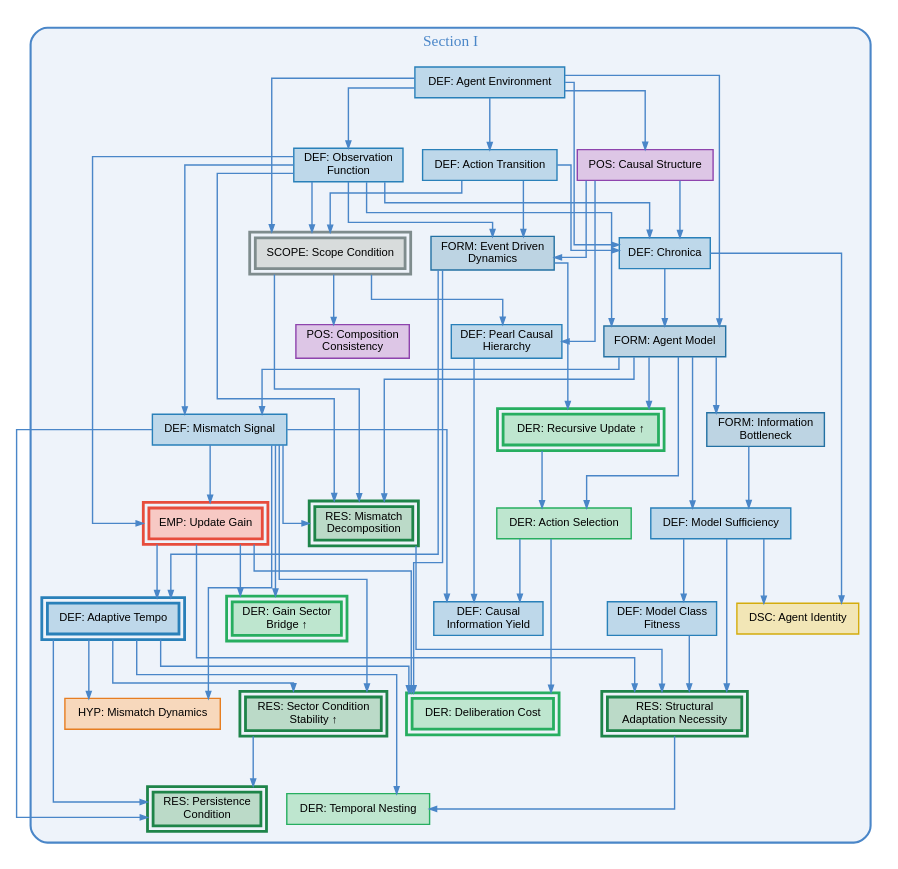
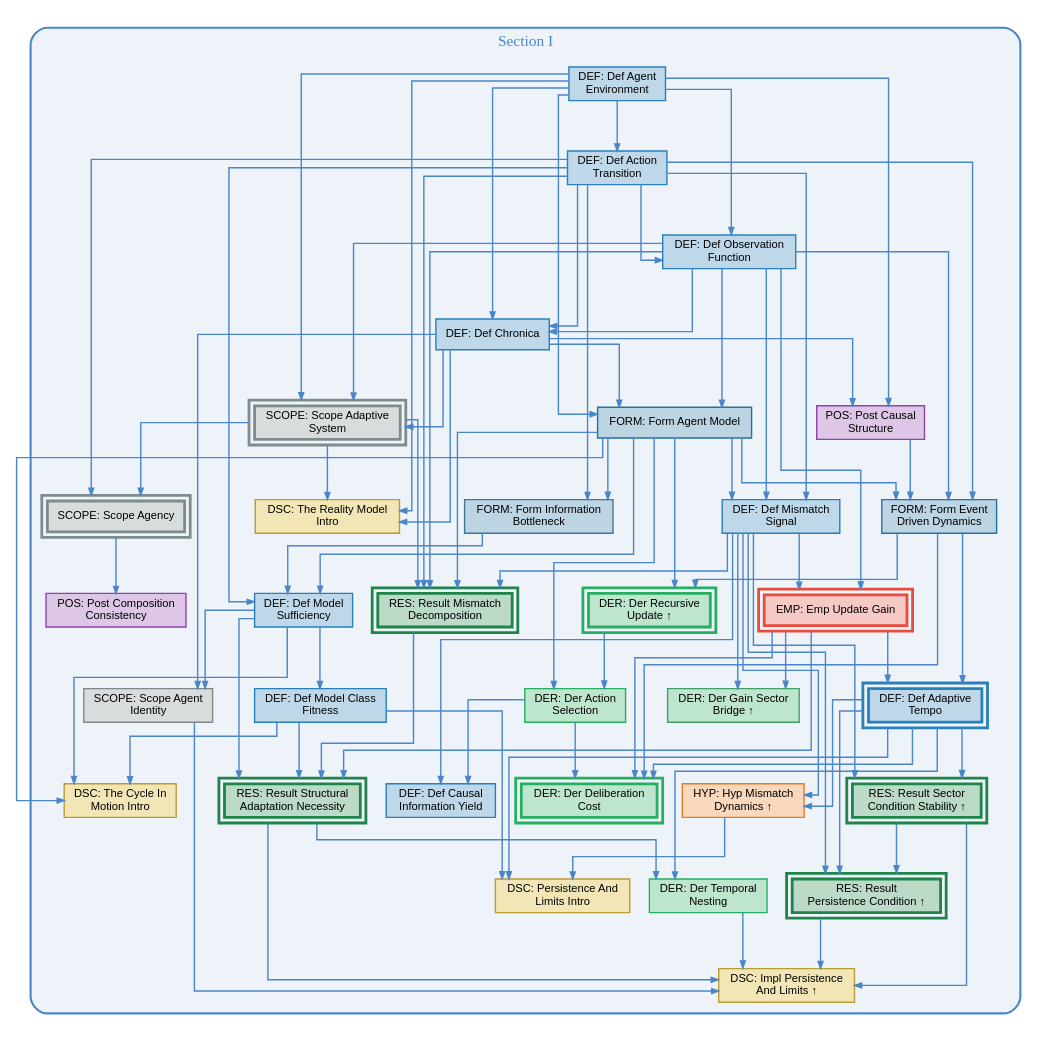
One commit to v2-io/agentic-systems changed the diagram in 01-aat-core/src/img/dep-graph-section-I.dot. Above: the diagram before and after it, drawn with Graphviz. The commit also changed 13 other files, not shown here.

First line of the commit message:
Rename AAD→AAT: sweep mono/ pipeline source + regenerate dep-graphs (Stage 10a — stage-coverage gaps)

```diff
--- a/01-aat-core/src/img/dep-graph-section-I.dot
+++ b/01-aat-core/src/img/dep-graph-section-I.dot
@@ -1,4 +1,4 @@
-digraph AAD_Dependencies {
+digraph AAT_Dependencies {
   rankdir=TB;
   compound=true;
   concentrate=true;
@@ -17,95 +17,118 @@
     style=rounded;
     penwidth=1.5;
 
-    "agent-environment" [style=filled fillcolor="#bed8ea" color="#2980b9" penwidth=1.0 label="DEF: Agent Environment"];
-    "observation-function" [style=filled fillcolor="#bed8ea" color="#2980b9" penwidth=1.0 label="DEF: Observation\nFunction"];
-    "action-transition" [style=filled fillcolor="#bed8ea" color="#2980b9" penwidth=1.0 label="DEF: Action Transition"];
-    "scope-condition" [style=filled fillcolor="#d8dcdc" color="#7f8c8d" penwidth=2.0 peripheries=2 label="SCOPE: Scope Condition"];
-    "composition-consistency" [style=filled fillcolor="#ddc6e6" color="#8e44ad" penwidth=1.0 label="POS: Composition\nConsistency"];
-    "causal-structure" [style=filled fillcolor="#ddc6e6" color="#8e44ad" penwidth=1.0 label="POS: Causal Structure"];
-    "pearl-causal-hierarchy" [style=filled fillcolor="#bed8ea" color="#2980b9" penwidth=1.0 label="DEF: Pearl Causal\nHierarchy"];
-    "chronica" [style=filled fillcolor="#bed8ea" color="#2980b9" penwidth=1.0 label="DEF: Chronica"];
-    "agent-model" [style=filled fillcolor="#bdd4e3" color="#2471a3" penwidth=1.0 label="FORM: Agent Model"];
-    "information-bottleneck" [style=filled fillcolor="#bdd4e3" color="#2471a3" penwidth=1.0 label="FORM: Information\nBottleneck"];
-    "model-sufficiency" [style=filled fillcolor="#bed8ea" color="#2980b9" penwidth=1.0 label="DEF: Model Sufficiency"];
-    "model-class-fitness" [style=filled fillcolor="#bed8ea" color="#2980b9" penwidth=1.0 label="DEF: Model Class\nFitness"];
-    "event-driven-dynamics" [style=filled fillcolor="#bdd4e3" color="#2471a3" penwidth=1.0 label="FORM: Event Driven\nDynamics"];
-    "recursive-update" [style=filled fillcolor="#bee6cf" color="#27ae60" penwidth=2.0 peripheries=2 label="DER: Recursive Update ↑"];
-    "action-selection" [style=filled fillcolor="#bee6cf" color="#27ae60" penwidth=1.0 label="DER: Action Selection"];
-    "mismatch-signal" [style=filled fillcolor="#bed8ea" color="#2980b9" penwidth=1.0 label="DEF: Mismatch Signal"];
-    "mismatch-decomposition" [style=filled fillcolor="#bbdac8" color="#1e8449" penwidth=2.0 peripheries=2 label="RES: Mismatch\nDecomposition"];
-    "update-gain" [style=filled fillcolor="#f7c9c4" color="#e74c3c" penwidth=2.0 peripheries=2 label="EMP: Update Gain"];
-    "causal-information-yield" [style=filled fillcolor="#bed8ea" color="#2980b9" penwidth=1.0 label="DEF: Causal\nInformation Yield"];
-    "adaptive-tempo" [style=filled fillcolor="#bed8ea" color="#2980b9" penwidth=2.0 peripheries=2 label="DEF: Adaptive Tempo"];
-    "mismatch-dynamics" [style=filled fillcolor="#f7d8bc" color="#e67e22" penwidth=1.0 label="HYP: Mismatch Dynamics"];
-    "deliberation-cost" [style=filled fillcolor="#bee6cf" color="#27ae60" penwidth=2.0 peripheries=2 label="DER: Deliberation Cost"];
-    "gain-sector-bridge" [style=filled fillcolor="#bee6cf" color="#27ae60" penwidth=2.0 peripheries=2 label="DER: Gain Sector\nBridge ↑"];
-    "sector-condition-stability" [style=filled fillcolor="#bbdac8" color="#1e8449" penwidth=2.0 peripheries=2 label="RES: Sector Condition\nStability ↑"];
-    "persistence-condition" [style=filled fillcolor="#bbdac8" color="#1e8449" penwidth=2.0 peripheries=2 label="RES: Persistence\nCondition"];
-    "structural-adaptation-necessity" [style=filled fillcolor="#bbdac8" color="#1e8449" penwidth=2.0 peripheries=2 label="RES: Structural\nAdaptation Necessity"];
-    "temporal-nesting" [style=filled fillcolor="#bee6cf" color="#27ae60" penwidth=1.0 label="DER: Temporal Nesting"];
-    "agent-identity" [style=filled fillcolor="#f2e6b6" color="#d4ac0d" penwidth=1.0 label="DSC: Agent Identity"];
+    "def-agent-environment" [style=filled fillcolor="#bed8ea" color="#2980b9" penwidth=1.0 label="DEF: Def Agent\nEnvironment"];
+    "def-action-transition" [style=filled fillcolor="#bed8ea" color="#2980b9" penwidth=1.0 label="DEF: Def Action\nTransition"];
+    "def-observation-function" [style=filled fillcolor="#bed8ea" color="#2980b9" penwidth=1.0 label="DEF: Def Observation\nFunction"];
+    "def-chronica" [style=filled fillcolor="#bed8ea" color="#2980b9" penwidth=1.0 label="DEF: Def Chronica"];
+    "scope-adaptive-system" [style=filled fillcolor="#d8dcdc" color="#7f8c8d" penwidth=2.0 peripheries=2 label="SCOPE: Scope Adaptive\nSystem"];
+    "scope-agency" [style=filled fillcolor="#d8dcdc" color="#7f8c8d" penwidth=2.0 peripheries=2 label="SCOPE: Scope Agency"];
+    "post-composition-consistency" [style=filled fillcolor="#ddc6e6" color="#8e44ad" penwidth=1.0 label="POS: Post Composition\nConsistency"];
+    "post-causal-structure" [style=filled fillcolor="#ddc6e6" color="#8e44ad" penwidth=1.0 label="POS: Post Causal\nStructure"];
+    "the-reality-model-intro" [style=filled fillcolor="#f2e6b6" color="#b89d33" penwidth=1.0 label="DSC: The Reality Model\nIntro"];
+    "form-agent-model" [style=filled fillcolor="#bdd4e3" color="#2471a3" penwidth=1.0 label="FORM: Form Agent Model"];
+    "form-information-bottleneck" [style=filled fillcolor="#bdd4e3" color="#427697" penwidth=1.0 label="FORM: Form Information\nBottleneck"];
+    "def-model-sufficiency" [style=filled fillcolor="#bed8ea" color="#2980b9" penwidth=1.0 label="DEF: Def Model\nSufficiency"];
+    "def-model-class-fitness" [style=filled fillcolor="#bed8ea" color="#2980b9" penwidth=1.0 label="DEF: Def Model Class\nFitness"];
+    "the-cycle-in-motion-intro" [style=filled fillcolor="#f2e6b6" color="#b89d33" penwidth=1.0 label="DSC: The Cycle In\nMotion Intro"];
+    "form-event-driven-dynamics" [style=filled fillcolor="#bdd4e3" color="#2471a3" penwidth=1.0 label="FORM: Form Event\nDriven Dynamics"];
+    "der-recursive-update" [style=filled fillcolor="#bee6cf" color="#27ae60" penwidth=2.0 peripheries=2 label="DER: Der Recursive\nUpdate ↑"];
+    "der-action-selection" [style=filled fillcolor="#bee6cf" color="#27ae60" penwidth=1.0 label="DER: Der Action\nSelection"];
+    "def-mismatch-signal" [style=filled fillcolor="#bed8ea" color="#2980b9" penwidth=1.0 label="DEF: Def Mismatch\nSignal"];
+    "result-mismatch-decomposition" [style=filled fillcolor="#bbdac8" color="#1e8449" penwidth=2.0 peripheries=2 label="RES: Result Mismatch\nDecomposition"];
+    "emp-update-gain" [style=filled fillcolor="#f7c9c4" color="#e74c3c" penwidth=2.0 peripheries=2 label="EMP: Emp Update Gain"];
+    "def-causal-information-yield" [style=filled fillcolor="#bed8ea" color="#2980b9" penwidth=1.0 label="DEF: Def Causal\nInformation Yield"];
+    "def-adaptive-tempo" [style=filled fillcolor="#bed8ea" color="#2980b9" penwidth=2.0 peripheries=2 label="DEF: Def Adaptive\nTempo"];
+    "hyp-mismatch-dynamics" [style=filled fillcolor="#f7d8bc" color="#e67e22" penwidth=1.0 label="HYP: Hyp Mismatch\nDynamics ↑"];
+    "persistence-and-limits-intro" [style=filled fillcolor="#f2e6b6" color="#b89d33" penwidth=1.0 label="DSC: Persistence And\nLimits Intro"];
+    "der-deliberation-cost" [style=filled fillcolor="#bee6cf" color="#27ae60" penwidth=2.0 peripheries=2 label="DER: Der Deliberation\nCost"];
+    "der-gain-sector-bridge" [style=filled fillcolor="#bee6cf" color="#449e6a" penwidth=1.0 label="DER: Der Gain Sector\nBridge ↑"];
+    "result-sector-condition-stability" [style=filled fillcolor="#bbdac8" color="#1e8449" penwidth=2.0 peripheries=2 label="RES: Result Sector\nCondition Stability ↑"];
+    "result-persistence-condition" [style=filled fillcolor="#bbdac8" color="#1e8449" penwidth=2.0 peripheries=2 label="RES: Result\nPersistence Condition ↑"];
+    "result-structural-adaptation-necessity" [style=filled fillcolor="#bbdac8" color="#1e8449" penwidth=2.0 peripheries=2 label="RES: Result Structural\nAdaptation Necessity"];
+    "der-temporal-nesting" [style=filled fillcolor="#bee6cf" color="#27ae60" penwidth=1.0 label="DER: Der Temporal\nNesting"];
+    "scope-agent-identity" [style=filled fillcolor="#d8dcdc" color="#7f8888" penwidth=1.0 label="SCOPE: Scope Agent\nIdentity"];
+    "impl-persistence-and-limits" [style=filled fillcolor="#f2e6b6" color="#b89d33" penwidth=1.0 label="DSC: Impl Persistence\nAnd Limits ↑"];
   }
 
-  "agent-model" -> "recursive-update" [color="#4a86c8"];
-  "event-driven-dynamics" -> "recursive-update" [color="#4a86c8"];
-  "pearl-causal-hierarchy" -> "causal-information-yield" [color="#4a86c8"];
-  "action-selection" -> "causal-information-yield" [color="#4a86c8"];
-  "mismatch-signal" -> "causal-information-yield" [color="#4a86c8"];
-  "adaptive-tempo" -> "sector-condition-stability" [color="#4a86c8"];
-  "mismatch-signal" -> "sector-condition-stability" [color="#4a86c8"];
-  "model-sufficiency" -> "structural-adaptation-necessity" [color="#4a86c8"];
-  "model-class-fitness" -> "structural-adaptation-necessity" [color="#4a86c8"];
-  "mismatch-decomposition" -> "structural-adaptation-necessity" [color="#4a86c8"];
-  "update-gain" -> "structural-adaptation-necessity" [color="#4a86c8"];
-  "agent-model" -> "model-sufficiency" [color="#4a86c8"];
-  "information-bottleneck" -> "model-sufficiency" [color="#4a86c8"];
-  "agent-environment" -> "scope-condition" [color="#4a86c8"];
-  "observation-function" -> "scope-condition" [color="#4a86c8"];
-  "action-transition" -> "scope-condition" [color="#4a86c8"];
-  "agent-environment" -> "agent-model" [color="#4a86c8"];
-  "observation-function" -> "agent-model" [color="#4a86c8"];
-  "chronica" -> "agent-model" [color="#4a86c8"];
-  "chronica" -> "agent-identity" [color="#4a86c8"];
-  "model-sufficiency" -> "agent-identity" [color="#4a86c8"];
-  "agent-environment" -> "causal-structure" [color="#4a86c8"];
-  "adaptive-tempo" -> "mismatch-dynamics" [color="#4a86c8"];
-  "mismatch-signal" -> "mismatch-dynamics" [color="#4a86c8"];
-  "update-gain" -> "gain-sector-bridge" [color="#4a86c8"];
-  "mismatch-signal" -> "gain-sector-bridge" [color="#4a86c8"];
-  "adaptive-tempo" -> "persistence-condition" [color="#4a86c8"];
-  "mismatch-signal" -> "persistence-condition" [color="#4a86c8"];
-  "sector-condition-stability" -> "persistence-condition" [color="#4a86c8"];
-  "update-gain" -> "adaptive-tempo" [color="#4a86c8"];
-  "event-driven-dynamics" -> "adaptive-tempo" [color="#4a86c8"];
-  "causal-structure" -> "event-driven-dynamics" [color="#4a86c8"];
-  "observation-function" -> "event-driven-dynamics" [color="#4a86c8"];
-  "action-transition" -> "event-driven-dynamics" [color="#4a86c8"];
-  "agent-environment" -> "action-transition" [color="#4a86c8"];
-  "causal-structure" -> "pearl-causal-hierarchy" [color="#4a86c8"];
-  "scope-condition" -> "pearl-causal-hierarchy" [color="#4a86c8"];
-  "model-sufficiency" -> "model-class-fitness" [color="#4a86c8"];
-  "agent-model" -> "action-selection" [color="#4a86c8"];
-  "recursive-update" -> "action-selection" [color="#4a86c8"];
-  "action-selection" -> "deliberation-cost" [color="#4a86c8"];
-  "update-gain" -> "deliberation-cost" [color="#4a86c8"];
-  "adaptive-tempo" -> "deliberation-cost" [color="#4a86c8"];
-  "event-driven-dynamics" -> "deliberation-cost" [color="#4a86c8"];
-  "adaptive-tempo" -> "temporal-nesting" [color="#4a86c8"];
-  "structural-adaptation-necessity" -> "temporal-nesting" [color="#4a86c8"];
-  "scope-condition" -> "composition-consistency" [color="#4a86c8"];
-  "agent-model" -> "information-bottleneck" [color="#4a86c8"];
-  "mismatch-signal" -> "mismatch-decomposition" [color="#4a86c8"];
-  "observation-function" -> "mismatch-decomposition" [color="#4a86c8"];
-  "agent-model" -> "mismatch-decomposition" [color="#4a86c8"];
-  "scope-condition" -> "mismatch-decomposition" [color="#4a86c8"];
-  "agent-environment" -> "chronica" [color="#4a86c8"];
-  "observation-function" -> "chronica" [color="#4a86c8"];
-  "action-transition" -> "chronica" [color="#4a86c8"];
-  "causal-structure" -> "chronica" [color="#4a86c8"];
-  "agent-environment" -> "observation-function" [color="#4a86c8"];
-  "mismatch-signal" -> "update-gain" [color="#4a86c8"];
-  "observation-function" -> "update-gain" [color="#4a86c8"];
-  "agent-model" -> "mismatch-signal" [color="#4a86c8"];
-  "observation-function" -> "mismatch-signal" [color="#4a86c8"];
+  "def-adaptive-tempo" -> "result-sector-condition-stability" [color="#4a86c8"];
+  "def-mismatch-signal" -> "result-sector-condition-stability" [color="#4a86c8"];
+  "emp-update-gain" -> "def-adaptive-tempo" [color="#4a86c8"];
+  "form-event-driven-dynamics" -> "def-adaptive-tempo" [color="#4a86c8"];
+  "def-chronica" -> "the-reality-model-intro" [color="#4a86c8"];
+  "scope-adaptive-system" -> "the-reality-model-intro" [color="#4a86c8"];
+  "def-agent-environment" -> "the-reality-model-intro" [color="#4a86c8"];
+  "def-chronica" -> "scope-agent-identity" [color="#4a86c8"];
+  "def-model-sufficiency" -> "scope-agent-identity" [color="#4a86c8"];
+  "scope-adaptive-system" -> "scope-agency" [color="#4a86c8"];
+  "def-action-transition" -> "scope-agency" [color="#4a86c8"];
+  "def-agent-environment" -> "def-observation-function" [color="#4a86c8"];
+  "def-action-transition" -> "def-observation-function" [color="#4a86c8"];
+  "form-agent-model" -> "der-recursive-update" [color="#4a86c8"];
+  "form-event-driven-dynamics" -> "der-recursive-update" [color="#4a86c8"];
+  "def-mismatch-signal" -> "result-mismatch-decomposition" [color="#4a86c8"];
+  "def-observation-function" -> "result-mismatch-decomposition" [color="#4a86c8"];
+  "def-action-transition" -> "result-mismatch-decomposition" [color="#4a86c8"];
+  "form-agent-model" -> "result-mismatch-decomposition" [color="#4a86c8"];
+  "scope-adaptive-system" -> "result-mismatch-decomposition" [color="#4a86c8"];
+  "form-agent-model" -> "the-cycle-in-motion-intro" [color="#4a86c8"];
+  "def-model-sufficiency" -> "the-cycle-in-motion-intro" [color="#4a86c8"];
+  "def-model-class-fitness" -> "the-cycle-in-motion-intro" [color="#4a86c8"];
+  "scope-agency" -> "post-composition-consistency" [color="#4a86c8"];
+  "result-persistence-condition" -> "impl-persistence-and-limits" [color="#4a86c8"];
+  "result-sector-condition-stability" -> "impl-persistence-and-limits" [color="#4a86c8"];
+  "result-structural-adaptation-necessity" -> "impl-persistence-and-limits" [color="#4a86c8"];
+  "scope-agent-identity" -> "impl-persistence-and-limits" [color="#4a86c8"];
+  "der-temporal-nesting" -> "impl-persistence-and-limits" [color="#4a86c8"];
+  "def-agent-environment" -> "scope-adaptive-system" [color="#4a86c8"];
+  "def-observation-function" -> "scope-adaptive-system" [color="#4a86c8"];
+  "def-chronica" -> "scope-adaptive-system" [color="#4a86c8"];
+  "def-adaptive-tempo" -> "result-persistence-condition" [color="#4a86c8"];
+  "def-mismatch-signal" -> "result-persistence-condition" [color="#4a86c8"];
+  "result-sector-condition-stability" -> "result-persistence-condition" [color="#4a86c8"];
+  "def-adaptive-tempo" -> "hyp-mismatch-dynamics" [color="#4a86c8"];
+  "def-mismatch-signal" -> "hyp-mismatch-dynamics" [color="#4a86c8"];
+  "emp-update-gain" -> "der-gain-sector-bridge" [color="#4a86c8"];
+  "def-mismatch-signal" -> "der-gain-sector-bridge" [color="#4a86c8"];
+  "der-action-selection" -> "def-causal-information-yield" [color="#4a86c8"];
+  "def-mismatch-signal" -> "def-causal-information-yield" [color="#4a86c8"];
+  "def-agent-environment" -> "form-agent-model" [color="#4a86c8"];
+  "def-observation-function" -> "form-agent-model" [color="#4a86c8"];
+  "def-chronica" -> "form-agent-model" [color="#4a86c8"];
+  "def-mismatch-signal" -> "emp-update-gain" [color="#4a86c8"];
+  "def-observation-function" -> "emp-update-gain" [color="#4a86c8"];
+  "def-adaptive-tempo" -> "der-temporal-nesting" [color="#4a86c8"];
+  "result-structural-adaptation-necessity" -> "der-temporal-nesting" [color="#4a86c8"];
+  "def-adaptive-tempo" -> "persistence-and-limits-intro" [color="#4a86c8"];
+  "hyp-mismatch-dynamics" -> "persistence-and-limits-intro" [color="#4a86c8"];
+  "def-model-class-fitness" -> "persistence-and-limits-intro" [color="#4a86c8"];
+  "def-agent-environment" -> "def-chronica" [color="#4a86c8"];
+  "def-observation-function" -> "def-chronica" [color="#4a86c8"];
+  "def-action-transition" -> "def-chronica" [color="#4a86c8"];
+  "form-agent-model" -> "def-model-sufficiency" [color="#4a86c8"];
+  "form-information-bottleneck" -> "def-model-sufficiency" [color="#4a86c8"];
+  "def-action-transition" -> "def-model-sufficiency" [color="#4a86c8"];
+  "def-agent-environment" -> "def-action-transition" [color="#4a86c8"];
+  "form-agent-model" -> "def-mismatch-signal" [color="#4a86c8"];
+  "def-observation-function" -> "def-mismatch-signal" [color="#4a86c8"];
+  "def-action-transition" -> "def-mismatch-signal" [color="#4a86c8"];
+  "def-model-sufficiency" -> "def-model-class-fitness" [color="#4a86c8"];
+  "form-agent-model" -> "form-information-bottleneck" [color="#4a86c8"];
+  "def-action-transition" -> "form-information-bottleneck" [color="#4a86c8"];
+  "post-causal-structure" -> "form-event-driven-dynamics" [color="#4a86c8"];
+  "def-observation-function" -> "form-event-driven-dynamics" [color="#4a86c8"];
+  "def-action-transition" -> "form-event-driven-dynamics" [color="#4a86c8"];
+  "form-agent-model" -> "form-event-driven-dynamics" [color="#4a86c8"];
+  "der-action-selection" -> "der-deliberation-cost" [color="#4a86c8"];
+  "emp-update-gain" -> "der-deliberation-cost" [color="#4a86c8"];
+  "def-adaptive-tempo" -> "der-deliberation-cost" [color="#4a86c8"];
+  "form-event-driven-dynamics" -> "der-deliberation-cost" [color="#4a86c8"];
+  "form-agent-model" -> "der-action-selection" [color="#4a86c8"];
+  "der-recursive-update" -> "der-action-selection" [color="#4a86c8"];
+  "def-model-sufficiency" -> "result-structural-adaptation-necessity" [color="#4a86c8"];
+  "def-model-class-fitness" -> "result-structural-adaptation-necessity" [color="#4a86c8"];
+  "result-mismatch-decomposition" -> "result-structural-adaptation-necessity" [color="#4a86c8"];
+  "emp-update-gain" -> "result-structural-adaptation-necessity" [color="#4a86c8"];
+  "def-agent-environment" -> "post-causal-structure" [color="#4a86c8"];
+  "def-chronica" -> "post-causal-structure" [color="#4a86c8"];
 }
```
